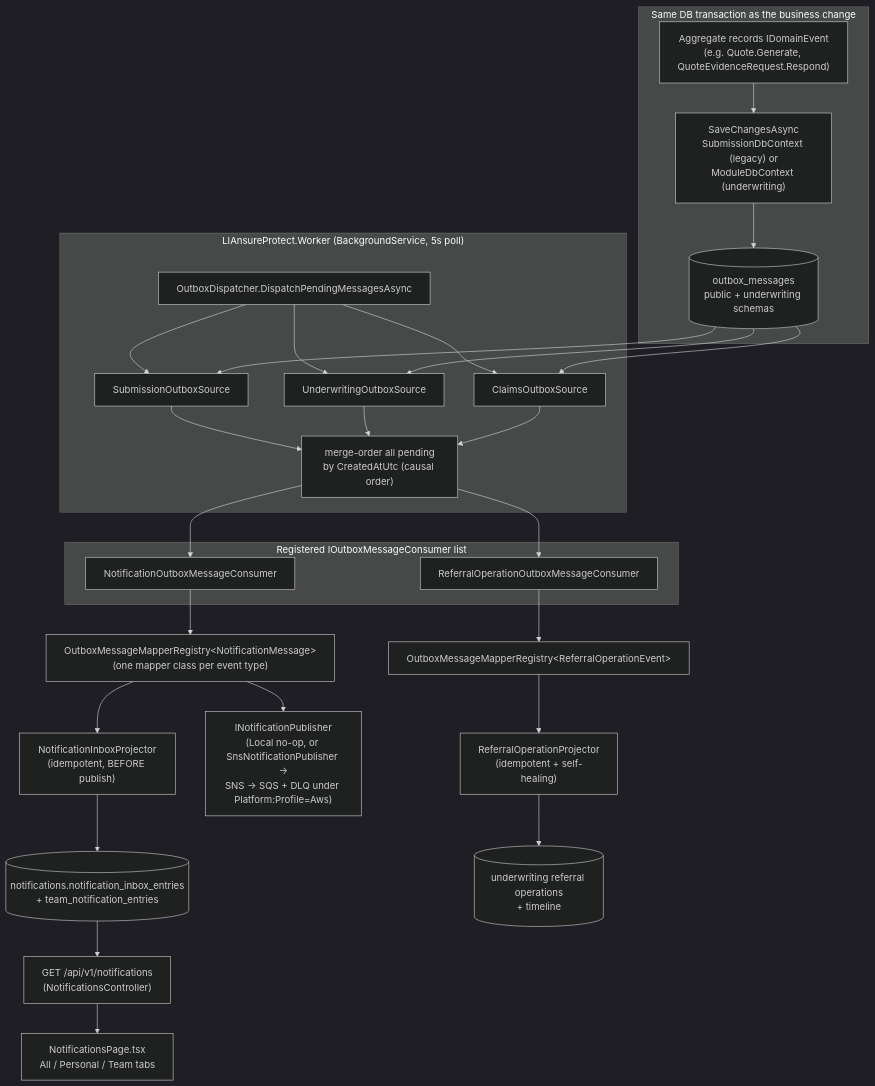
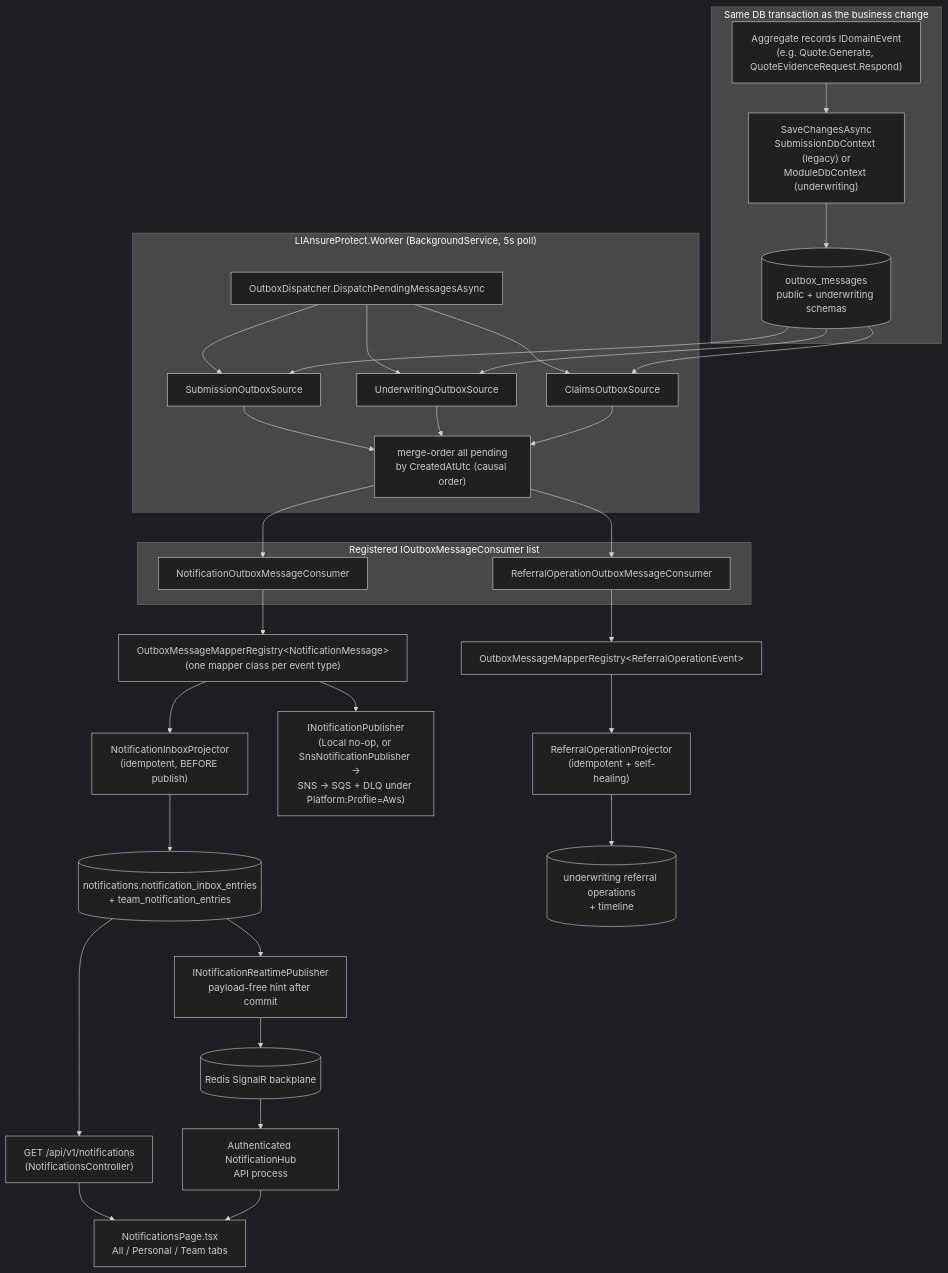
One commit to paulbuer08/LIAnsureProtect changed the diagram in docs/encyclopedia/10-flow-notifications-and-background.md. Above: the diagram before and after it, drawn with Mermaid (dark theme). The commit also changed other lines of this file and 100 other files, not shown here.

````diff
--- a/docs/encyclopedia/10-flow-notifications-and-background.md
+++ b/docs/encyclopedia/10-flow-notifications-and-background.md
@@ -23,39 +23,43 @@
 ```mermaid
 flowchart TB
     subgraph TX["Same DB transaction as the business change"]
         AGG["Aggregate records IDomainEvent\n(e.g. Quote.Generate, QuoteEvidenceRequest.Respond)"]
         SAVE["SaveChangesAsync\nSubmissionDbContext (legacy) or\nModuleDbContext (underwriting)"]
         OB[("outbox_messages\npublic + underwriting schemas")]
         AGG --> SAVE --> OB
     end
 
     subgraph WORKER["LIAnsureProtect.Worker (BackgroundService, 5s poll)"]
         DISP["OutboxDispatcher.DispatchPendingMessagesAsync"]
         SRC1["SubmissionOutboxSource"]
         SRC2["UnderwritingOutboxSource"]
         SRC3["ClaimsOutboxSource"]
         ORDER["merge-order all pending\nby CreatedAtUtc (causal order)"]
         DISP --> SRC1 & SRC2 & SRC3 --> ORDER
     end
 
     OB --> SRC1 & SRC2 & SRC3
 
     subgraph CONSUMERS["Registered IOutboxMessageConsumer list"]
         NC["NotificationOutboxMessageConsumer"]
         RC["ReferralOperationOutboxMessageConsumer"]
     end
 
     ORDER --> NC & RC
 
     NC --> NREG["OutboxMessageMapperRegistry&lt;NotificationMessage&gt;\n(one mapper class per event type)"]
     NREG --> PROJ["NotificationInboxProjector\n(idempotent, BEFORE publish)"]
     PROJ --> INBOX[("notifications.notification_inbox_entries\n+ team_notification_entries")]
+    INBOX --> HINT["INotificationRealtimePublisher\npayload-free hint after commit"]
+    HINT --> REDIS[("Redis SignalR backplane")]
+    REDIS --> HUB["Authenticated NotificationHub\nAPI process"]
     NREG --> PUB["INotificationPublisher\n(Local no-op, or SnsNotificationPublisher →\nSNS → SQS + DLQ under Platform:Profile=Aws)"]
 
     RC --> RREG["OutboxMessageMapperRegistry&lt;ReferralOperationEvent&gt;"]
     RREG --> RPROJ["ReferralOperationProjector\n(idempotent + self-healing)"]
     RPROJ --> RTBL[("underwriting referral operations\n+ timeline")]
 
     INBOX --> API2["GET /api/v1/notifications\n(NotificationsController)"]
     API2 --> UI["NotificationsPage.tsx\nAll / Personal / Team tabs"]
+    HUB --> UI
 ```
````
